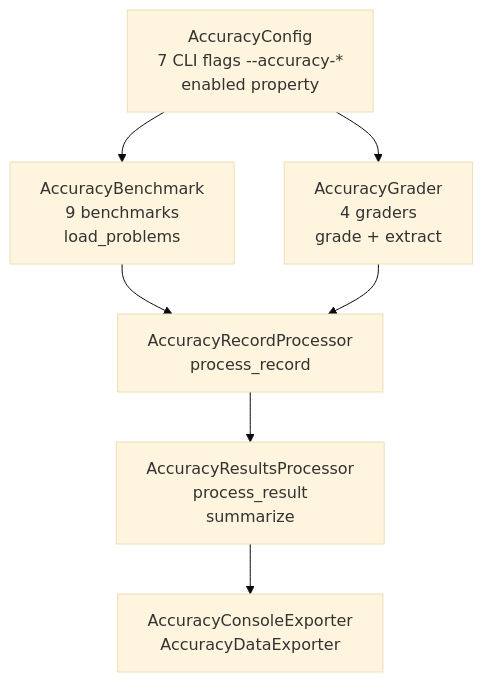
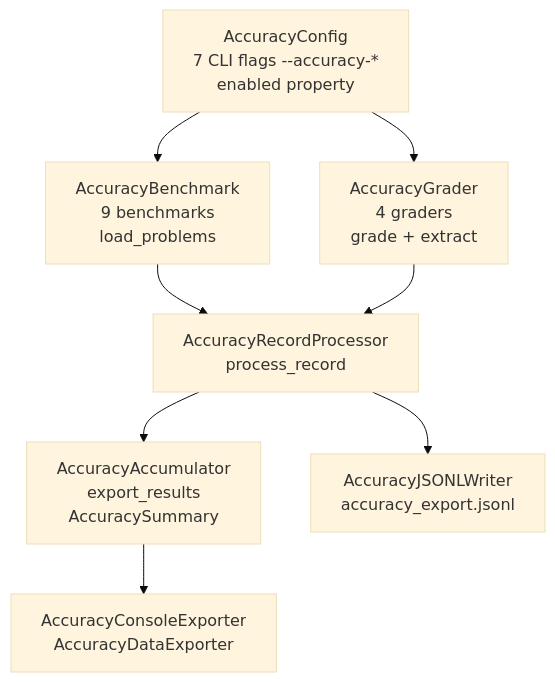
One commit to ai-dynamo/aiperf changed the diagram in docs/accuracy/accuracy_stubs.md. Above: the diagram before and after it, drawn with Mermaid (base theme). The commit also changed other lines of this file and 2 other files, not shown here.

First line of the commit message:
docs(accuracy): document dedicated accuracy record-type channel

````diff
--- a/docs/accuracy/accuracy_stubs.md
+++ b/docs/accuracy/accuracy_stubs.md
@@ -29,9 +31,10 @@
 ```mermaid
 graph TD
     A[AccuracyConfig<br/>7 CLI flags --accuracy-*<br/>enabled property] --> B[AccuracyBenchmark<br/>9 benchmarks<br/>load_problems]
     A --> C[AccuracyGrader<br/>4 graders<br/>grade + extract]
     B --> D[AccuracyRecordProcessor<br/>process_record]
     C --> D
-    D --> E[AccuracyResultsProcessor<br/>process_result<br/>summarize]
+    D --> E[AccuracyAccumulator<br/>export_results<br/>AccuracySummary]
+    D --> J[AccuracyJSONLWriter<br/>accuracy_export.jsonl]
     E --> F[AccuracyConsoleExporter<br/>AccuracyDataExporter]
 ```
````
